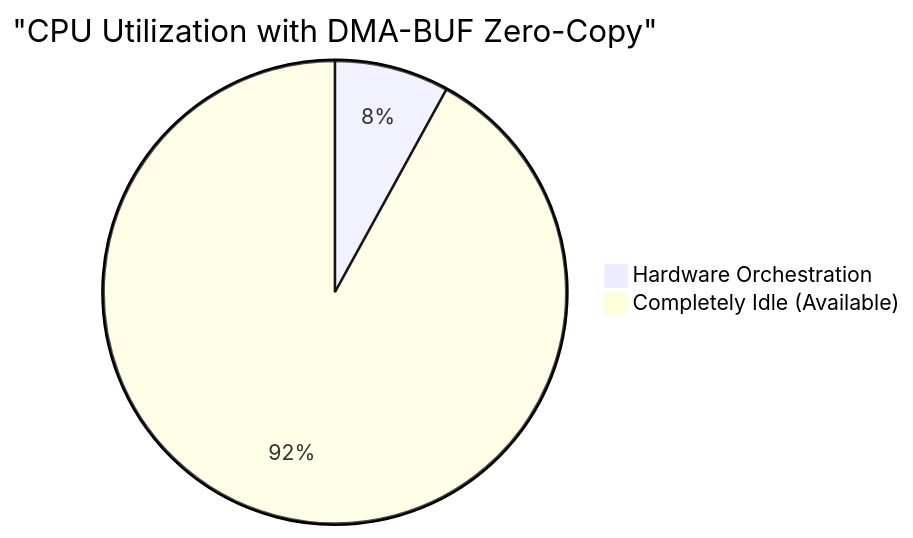
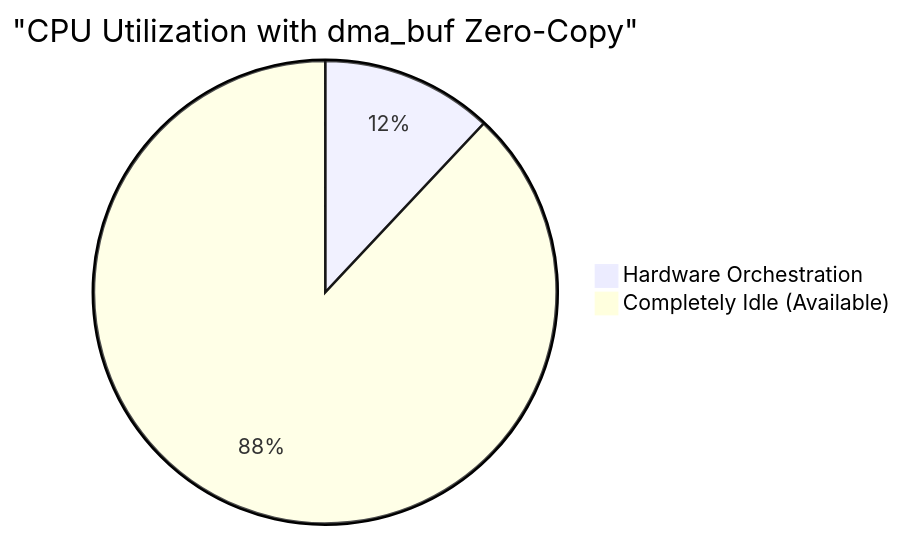
One commit to zok213/DAT1 changed the third of 5 diagrams in README.md. Above: the diagram before and after it, drawn with Mermaid. The commit also changed other lines of this file and 3 other files, not shown here.

Commit message:
feat: Adapt optimization suite for Radxa CM5 (RK3588) with dma_buf and RKNN

````diff
--- a/README.md
+++ b/README.md
@@ -56,5 +45,5 @@
 ```mermaid
-pie title "CPU Utilization with DMA-BUF Zero-Copy"
-    "Hardware Orchestration" : 8
-    "Completely Idle (Available)" : 92
+pie title "CPU Utilization with dma_buf Zero-Copy"
+    "Hardware Orchestration" : 12
+    "Completely Idle (Available)" : 88
 ```
````
